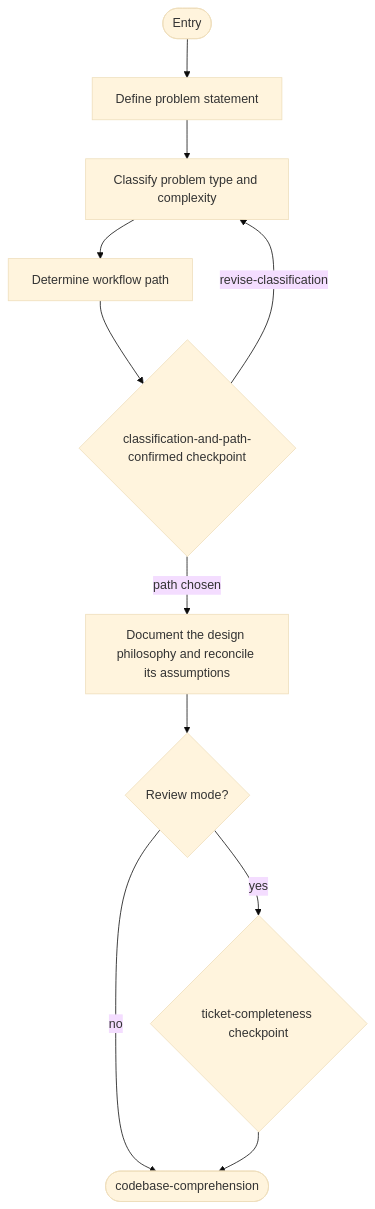
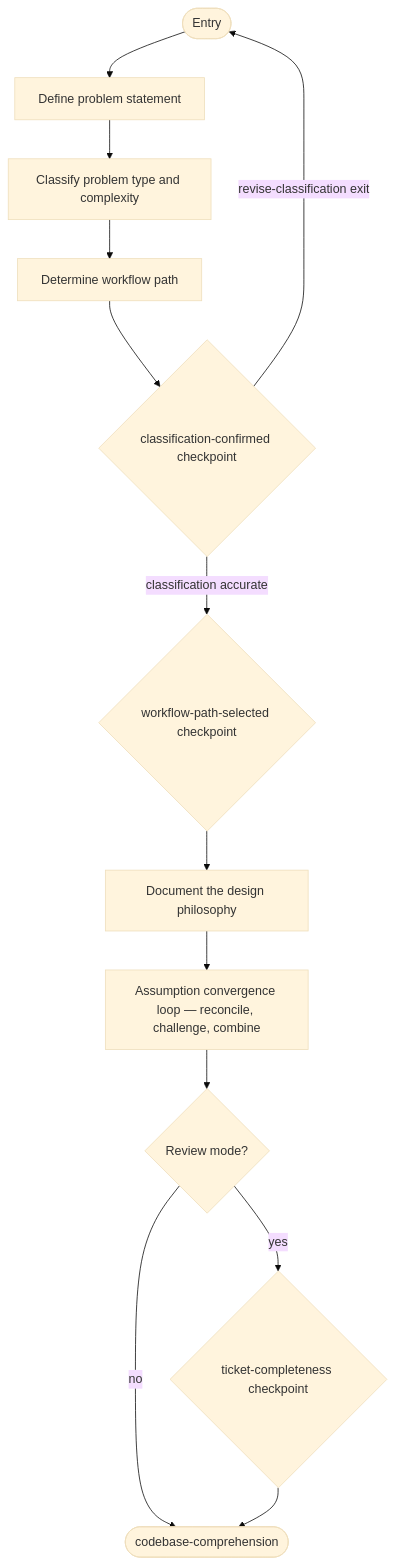
One commit to m2ux/workflow-server changed the second of 15 diagrams in work-package/activities/README.md. Above: the diagram before and after it, drawn with Mermaid (base theme). The commit also changed other lines of this file and 1 other file, not shown here.

First line of the commit message:
Draw the workflow and activity diagrams from the binds

````diff
--- a/work-package/activities/README.md
+++ b/work-package/activities/README.md
@@ -64,13 +64,15 @@
 ```mermaid
 graph TD
     entryNode(["Entry"]) --> defineProblem["Define problem statement"]
     defineProblem --> classifyProblem["Classify problem type and complexity"]
     classifyProblem --> determinePath["Determine workflow path"]
-    determinePath --> cpClassPath{"classification-and-path-confirmed checkpoint"}
-    cpClassPath -->|"revise-classification"| classifyProblem
-    cpClassPath -->|"path chosen"| docPhilosophy["Document the design philosophy and reconcile its assumptions"]
-    docPhilosophy --> reviewMode{"Review mode?"}
+    determinePath --> cpClassification{"classification-confirmed checkpoint"}
+    cpClassification -->|"revise-classification exit"| entryNode
+    cpClassification -->|"classification accurate"| cpPath{"workflow-path-selected checkpoint"}
+    cpPath --> docPhilosophy["Document the design philosophy"]
+    docPhilosophy --> converge["Assumption convergence loop — reconcile, challenge, combine"]
+    converge --> reviewMode{"Review mode?"}
     reviewMode -->|"yes"| ticketCompleteness{"ticket-completeness checkpoint"}
     reviewMode -->|"no"| exitComprehension(["codebase-comprehension"])
     ticketCompleteness --> exitComprehension
 ```
````
